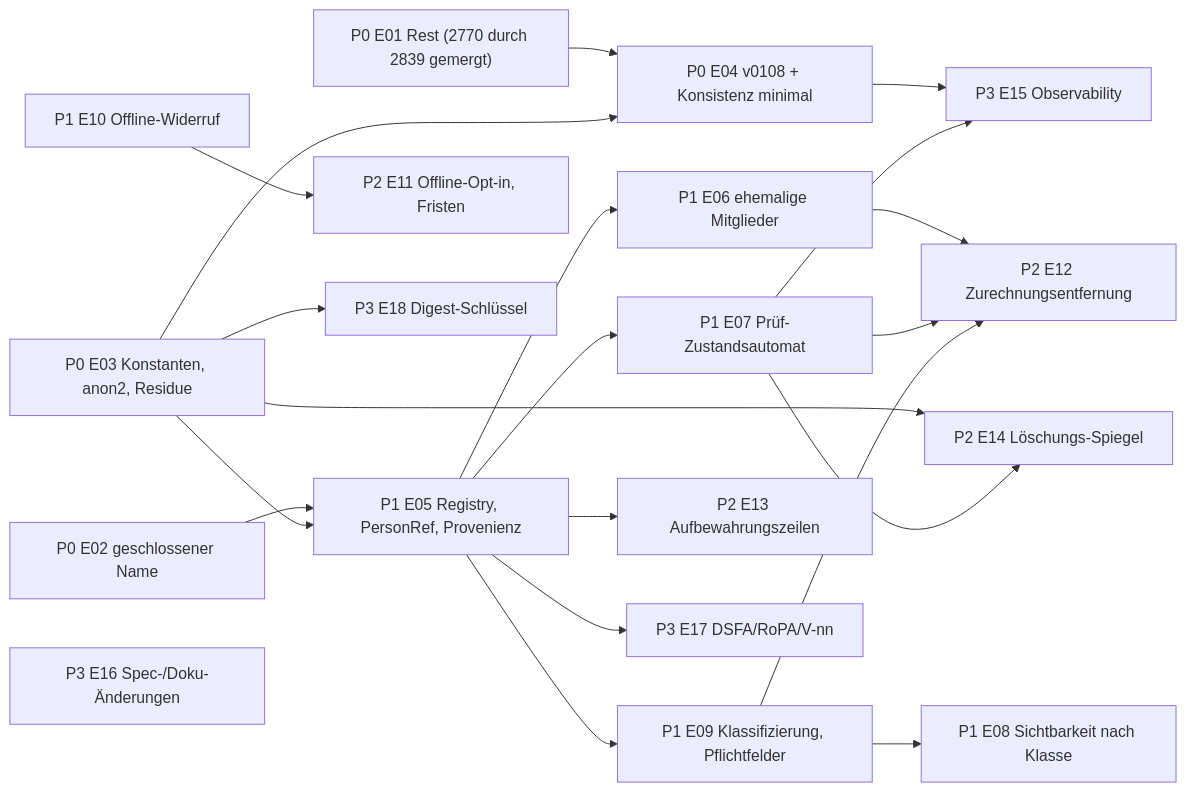
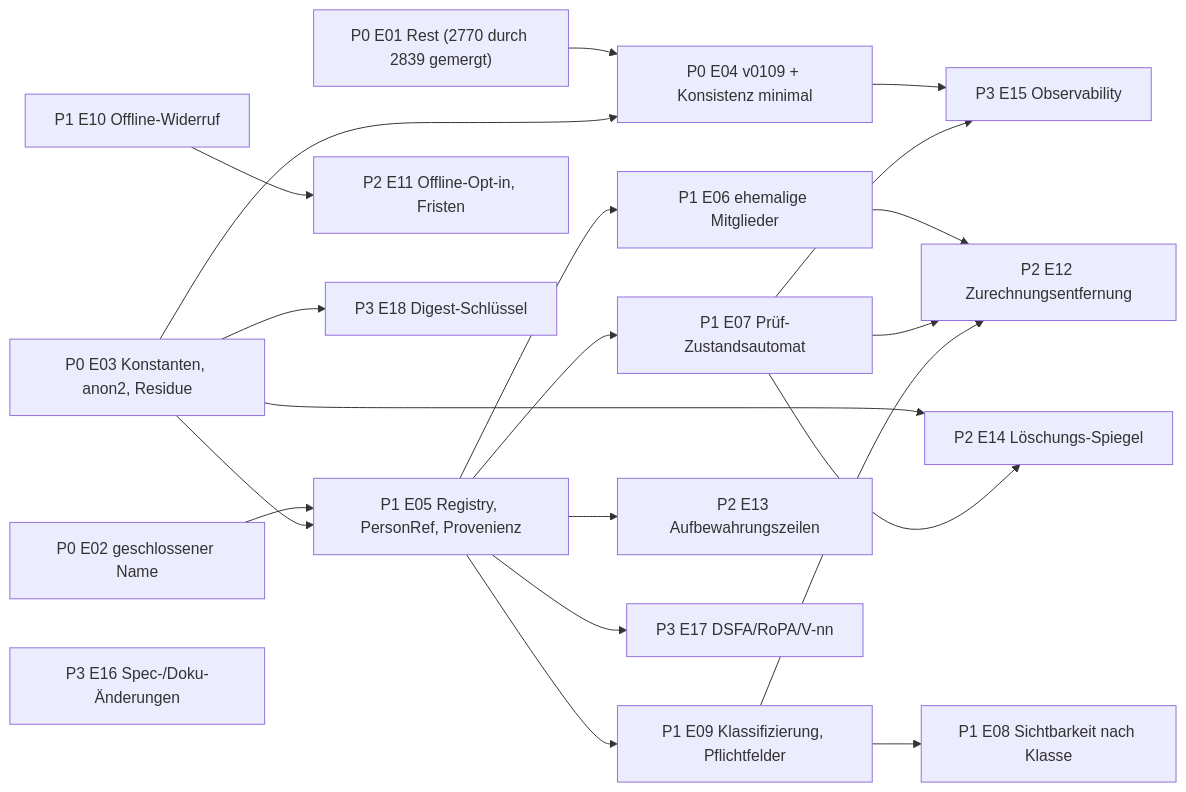
The diagram in spec/privacy/12-implementation-roadmap.md (nolte/kamerplanter), drawn with Mermaid before and after one commit. The commit also changed other lines of this file and 68 other files, not shown here.

````diff
--- a/spec/privacy/12-implementation-roadmap.md
+++ b/spec/privacy/12-implementation-roadmap.md
@@ -154,23 +154,23 @@
 ```mermaid
 flowchart LR
-    E01["P0 E01 Rest (2770 durch 2839 gemergt)"] --> E04["P0 E04 v0108 + Konsistenz minimal"]
+    E01["P0 E01 Rest (2770 durch 2839 gemergt)"] --> E04["P0 E04 v0109 + Konsistenz minimal"]
     E03["P0 E03 Konstanten, anon2, Residue"] --> E04
     E02["P0 E02 geschlossener Name"] --> E05
     E03 --> E05["P1 E05 Registry, PersonRef, Provenienz"]
     E05 --> E06["P1 E06 ehemalige Mitglieder"]
     E05 --> E07["P1 E07 Prüf-Zustandsautomat"]
     E05 --> E09["P1 E09 Klassifizierung, Pflichtfelder"]
     E09 --> E08["P1 E08 Sichtbarkeit nach Klasse"]
     E10["P1 E10 Offline-Widerruf"] --> E11["P2 E11 Offline-Opt-in, Fristen"]
     E06 --> E12["P2 E12 Zurechnungsentfernung"]
     E07 --> E12
     E09 --> E12
     E05 --> E13["P2 E13 Aufbewahrungszeilen"]
     E03 --> E14["P2 E14 Löschungs-Spiegel"]
     E07 --> E14
     E04 --> E15["P3 E15 Observability"]
     E07 --> E15
     E05 --> E17["P3 E17 DSFA/RoPA/V-nn"]
     E03 --> E18["P3 E18 Digest-Schlüssel"]
     E16["P3 E16 Spec-/Doku-Änderungen"]
 ```
````
